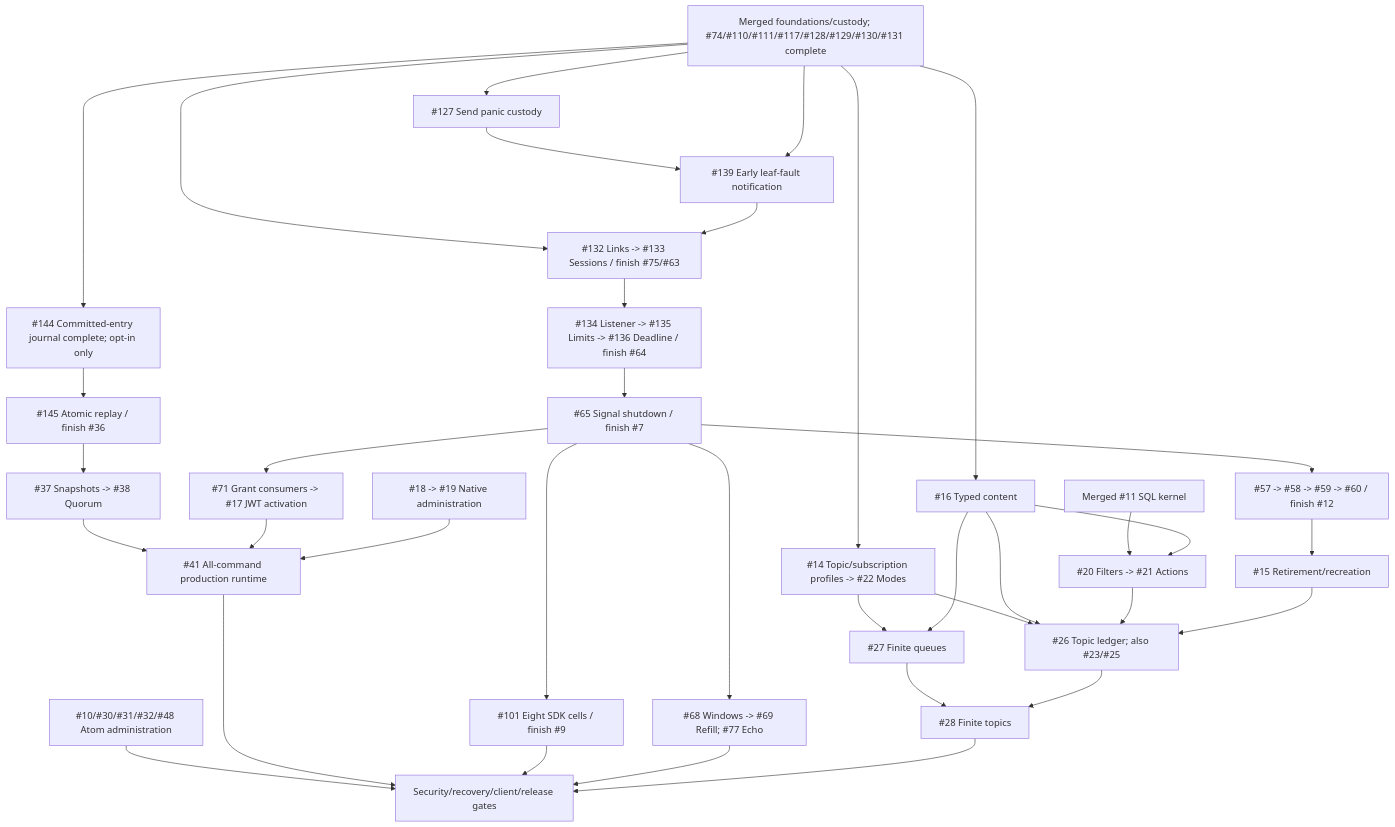
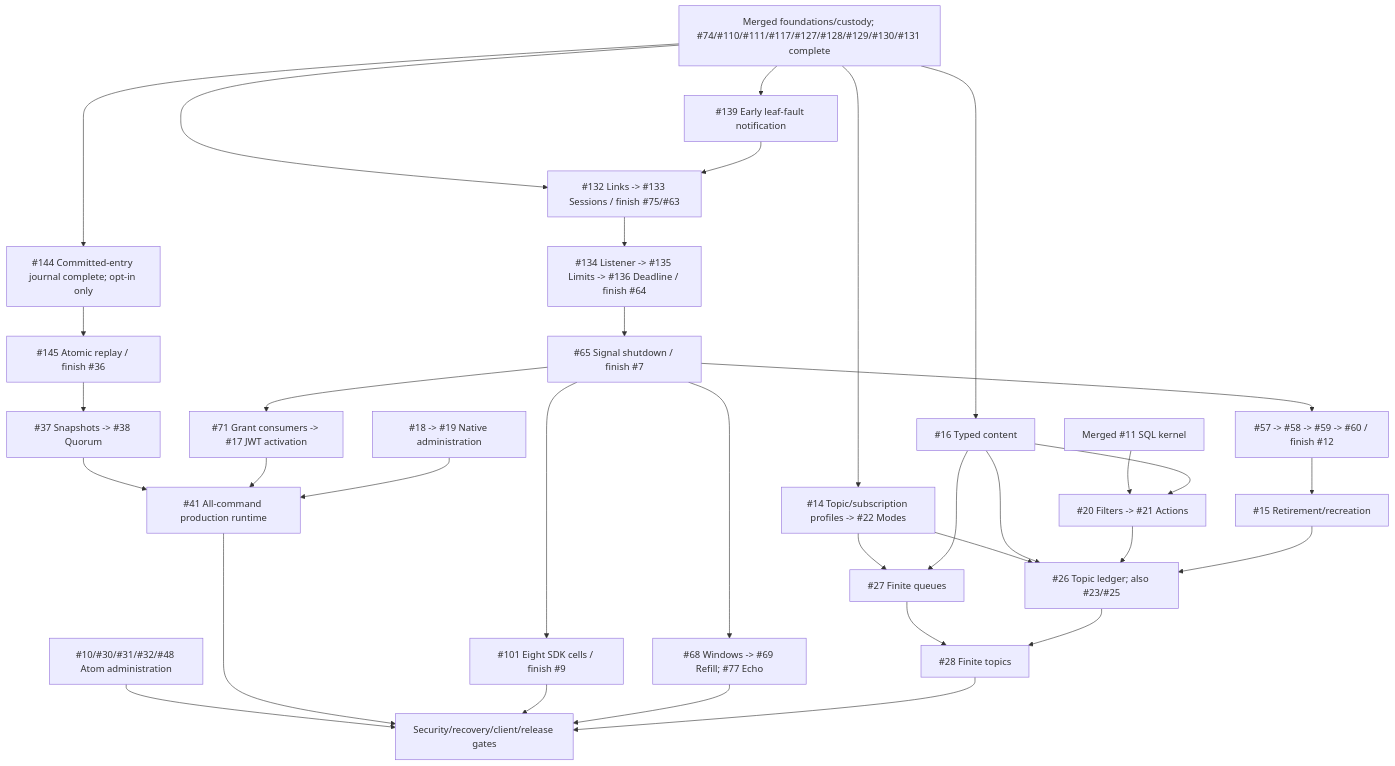
Before and after one commit to DeandreT/switchyard: the diagram in docs/roadmap.md, drawn with Mermaid. The commit also changed other lines of this file and 6 other files, not shown here.

````diff
--- a/docs/roadmap.md
+++ b/docs/roadmap.md
@@ -61,38 +61,36 @@
 ```mermaid
 flowchart TD
-    Main["Merged foundations/custody; #74/#110/#111/#117/#128/#129/#130/#131 complete"] --> Send["#127 Send panic custody"]
-    Send --> Fault["#139 Early leaf-fault notification"]
-    Main --> Fault
+    Main["Merged foundations/custody; #74/#110/#111/#117/#127/#128/#129/#130/#131 complete"] --> Fault["#139 Early leaf-fault notification"]
     Main --> Trees
     Fault --> Trees["#132 Links -> #133 Sessions / finish #75/#63"]
     Trees --> Admission["#134 Listener -> #135 Limits -> #136 Deadline / finish #64"]
     Admission --> Signals["#65 Signal shutdown / finish #7"]
     Signals --> Authority["#57 -> #58 -> #59 -> #60 / finish #12"]
     Authority --> Delete["#15 Retirement/recreation"]
     Signals --> Grants["#71 Grant consumers -> #17 JWT activation"]
     Signals --> Matrix["#101 Eight SDK cells / finish #9"]
     Signals --> Windows["#68 Windows -> #69 Refill; #77 Echo"]
     Main --> Profiles["#14 Topic/subscription profiles -> #22 Modes"]
     Main --> Content["#16 Typed content"]
     Kernel["Merged #11 SQL kernel"] --> Rules["#20 Filters -> #21 Actions"]
     Content --> Rules
     Profiles --> Queue["#27 Finite queues"]
     Content --> Queue
     Profiles --> Ledger["#26 Topic ledger; also #23/#25"]
     Content --> Ledger
     Rules --> Ledger
     Delete --> Ledger
     Queue --> Topic["#28 Finite topics"]
     Ledger --> Topic
     Main --> Journal["#144 Committed-entry journal complete; opt-in only"]
     Journal --> Log["#145 Atomic replay / finish #36"]
     Log --> Snapshots["#37 Snapshots -> #38 Quorum"]
     Snapshots --> Runtime["#41 All-command production runtime"]
     Grants --> Runtime
     Admin["#18 -> #19 Native administration"] --> Runtime
     Atom["#10/#30/#31/#32/#48 Atom administration"] --> Gates
     Runtime --> Gates["Security/recovery/client/release gates"]
     Matrix --> Gates
     Windows --> Gates
     Topic --> Gates
 ```
````
